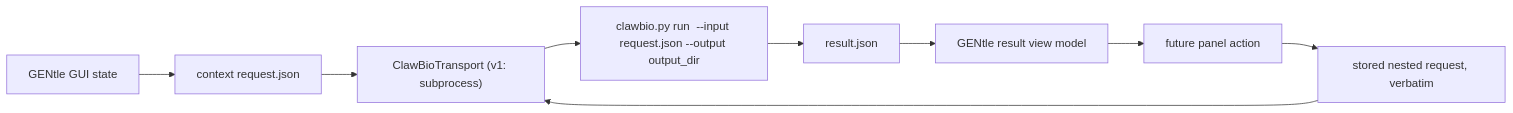
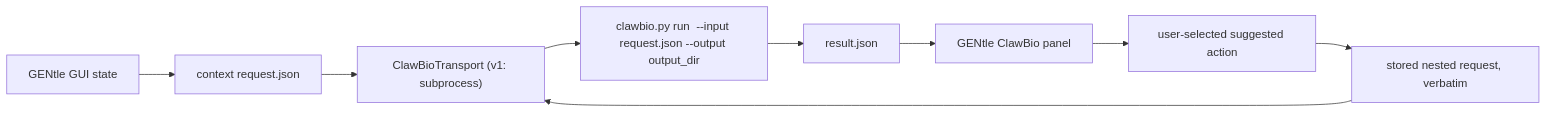
Before and after one commit to smoe/gentle_rs: the diagram in docs/clawbio_gentle_integration_onepager.md, drawn with Mermaid. The commit also changed other lines of this file and 5 other files, not shown here.

Commit message:
feature: ClawBio GUI bridge - phase 2

````diff
--- a/docs/clawbio_gentle_integration_onepager.md
+++ b/docs/clawbio_gentle_integration_onepager.md
@@ -50,11 +53,11 @@
 ```mermaid
 flowchart LR
     A["GENtle GUI state"] --> B["context request.json"]
     B --> T["ClawBioTransport (v1: subprocess)"]
     T --> C["clawbio.py run <skill> --input request.json --output output_dir"]
     C --> D["result.json"]
-    D --> E["GENtle result view model"]
-    E --> F["future panel action"]
+    D --> E["GENtle ClawBio panel"]
+    E --> F["user-selected suggested action"]
     F --> G["stored nested request, verbatim"]
     G --> T
 ```
````
